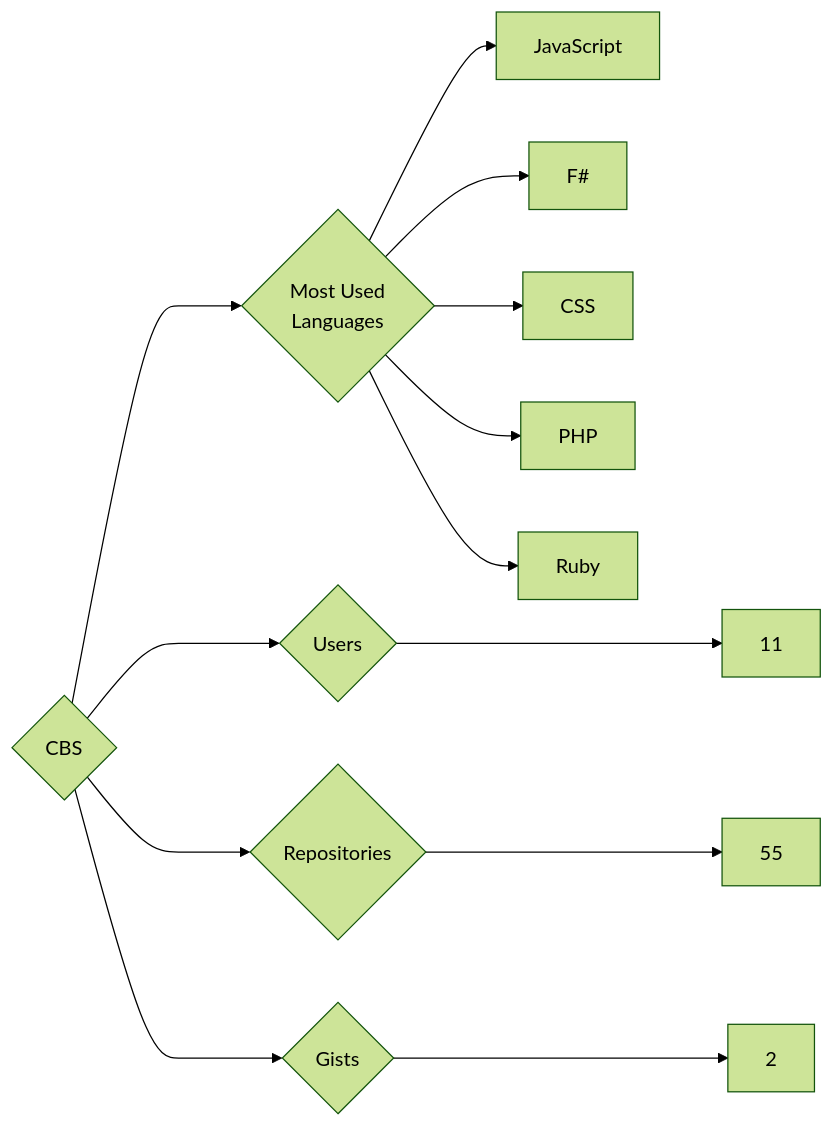
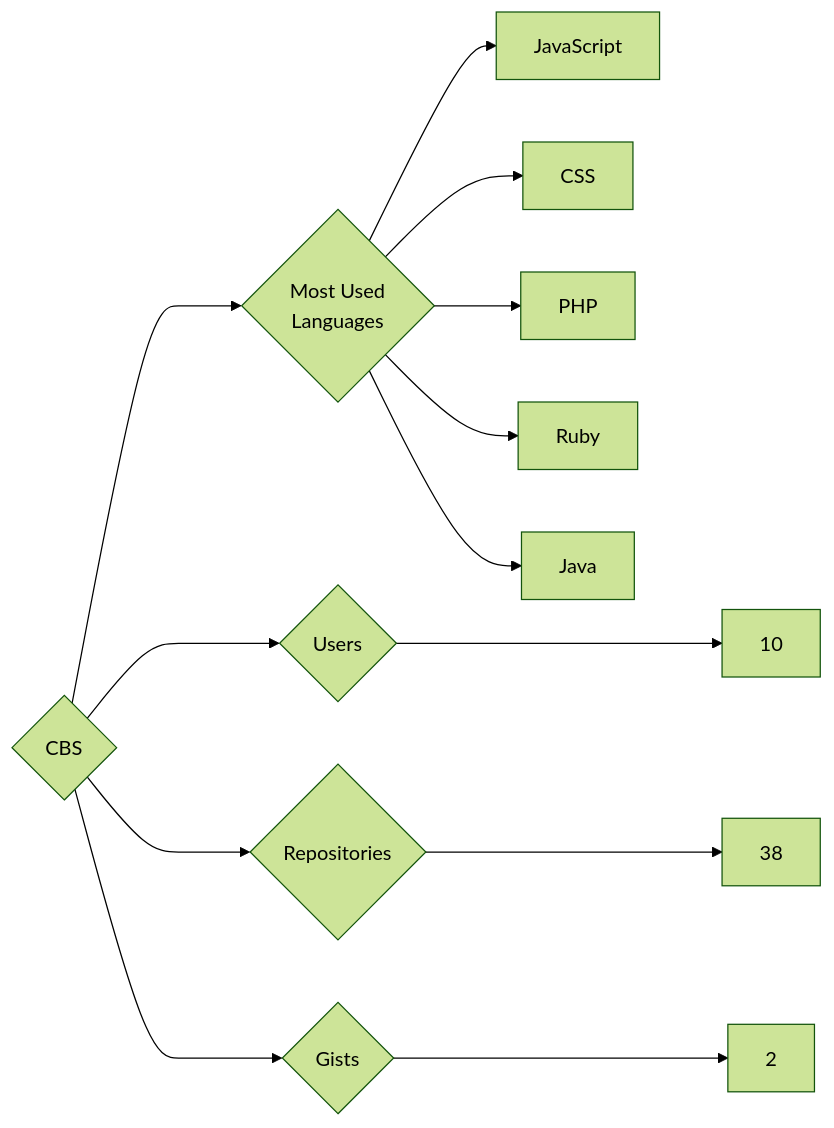
One commit to trickest/insiders changed the diagram in targets/CBS/README.md. Above: the diagram before and after it, drawn with Mermaid (forest theme). The commit also changed 644 other files, not shown here.

````diff
--- a/targets/CBS/README.md
+++ b/targets/CBS/README.md
@@ -3,13 +3,13 @@
 ```mermaid
 graph LR
 COMPANY_NAME{CBS}
-COMPANY_NAME ---> U{Users} ---> UN[11]
-COMPANY_NAME ---> R{Repositories} ---> RN[55]
+COMPANY_NAME ---> U{Users} ---> UN[10]
+COMPANY_NAME ---> R{Repositories} ---> RN[38]
 COMPANY_NAME ---> G{Gists} ---> GN[2]
 COMPANY_NAME ---> ML{Most Used<br>Languages}
 ML --> JavaScript[JavaScript]
-ML --> F#[F#]
 ML --> CSS[CSS]
 ML --> PHP[PHP]
 ML --> Ruby[Ruby]
+ML --> Java[Java]
 ```
````
